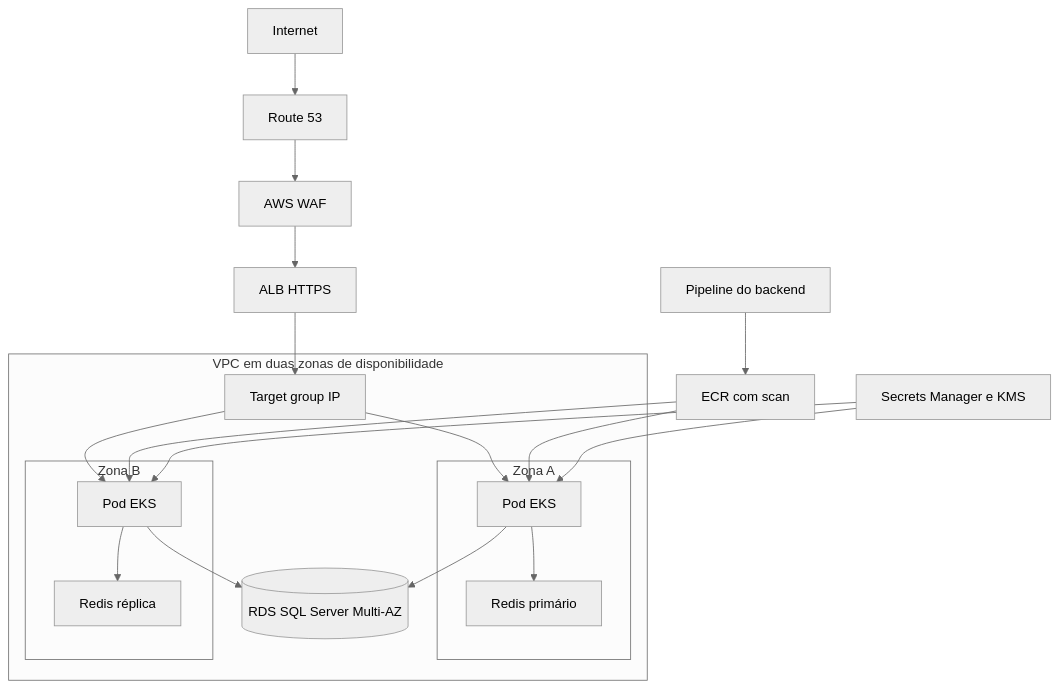
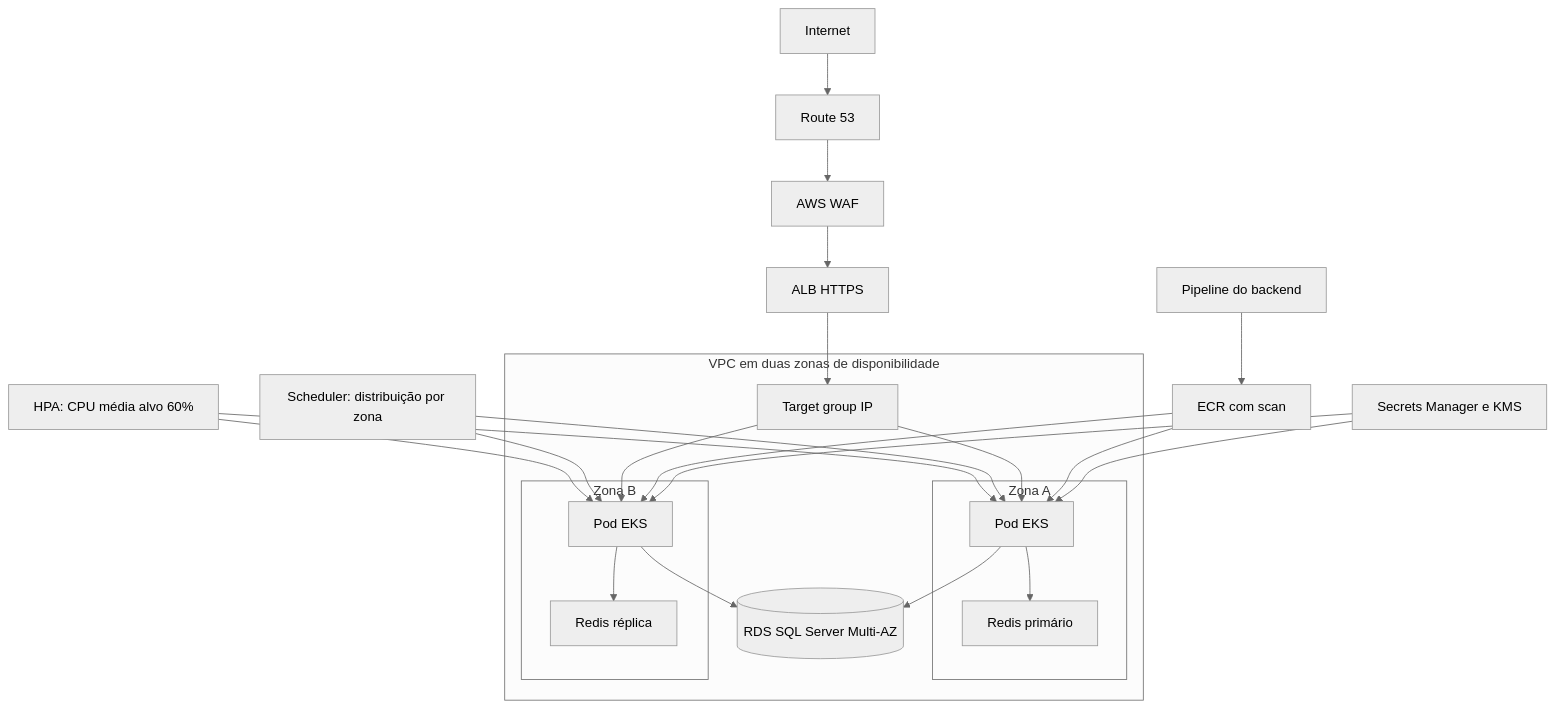
Before and after one commit to wellingtonfds/shipment-tracking-infra: the diagram in architecture/architecture.md, drawn with Mermaid (neutral theme). The commit also changed other lines of this file and 3 other files, not shown here.

````diff
--- a/architecture/architecture.md
+++ b/architecture/architecture.md
@@ -3,30 +3,34 @@
 ```mermaid
 flowchart TB
   Internet --> DNS[Route 53]
   DNS --> WAF[AWS WAF]
   WAF --> ALB[ALB HTTPS]
   ALB --> TG[Target group IP]
+  HPA[HPA: CPU média alvo 60%] --> PodA
+  HPA --> PodB
+  Scheduler[Scheduler: distribuição por zona] --> PodA
+  Scheduler --> PodB
 
   subgraph VPC[VPC em duas zonas de disponibilidade]
     subgraph A[Zona A]
       PodA[Pod EKS]
       RedisA[Redis primário]
     end
     subgraph B[Zona B]
       PodB[Pod EKS]
       RedisB[Redis réplica]
     end
     TG --> PodA
     TG --> PodB
     PodA --> DB[(RDS SQL Server Multi-AZ)]
     PodB --> DB
     PodA --> RedisA
     PodB --> RedisB
   end
 
   Pipeline[Pipeline do backend] --> ECR[ECR com scan]
   ECR --> PodA
   ECR --> PodB
   Secrets[Secrets Manager e KMS] --> PodA
   Secrets --> PodB
 ```
````
